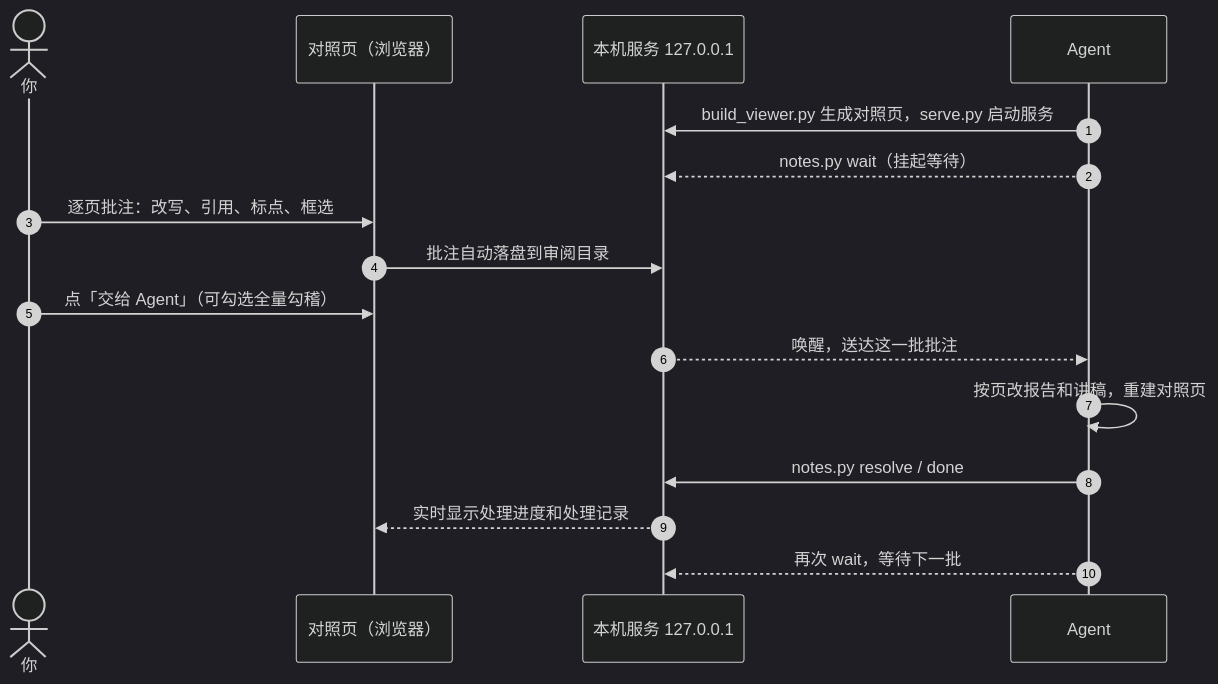
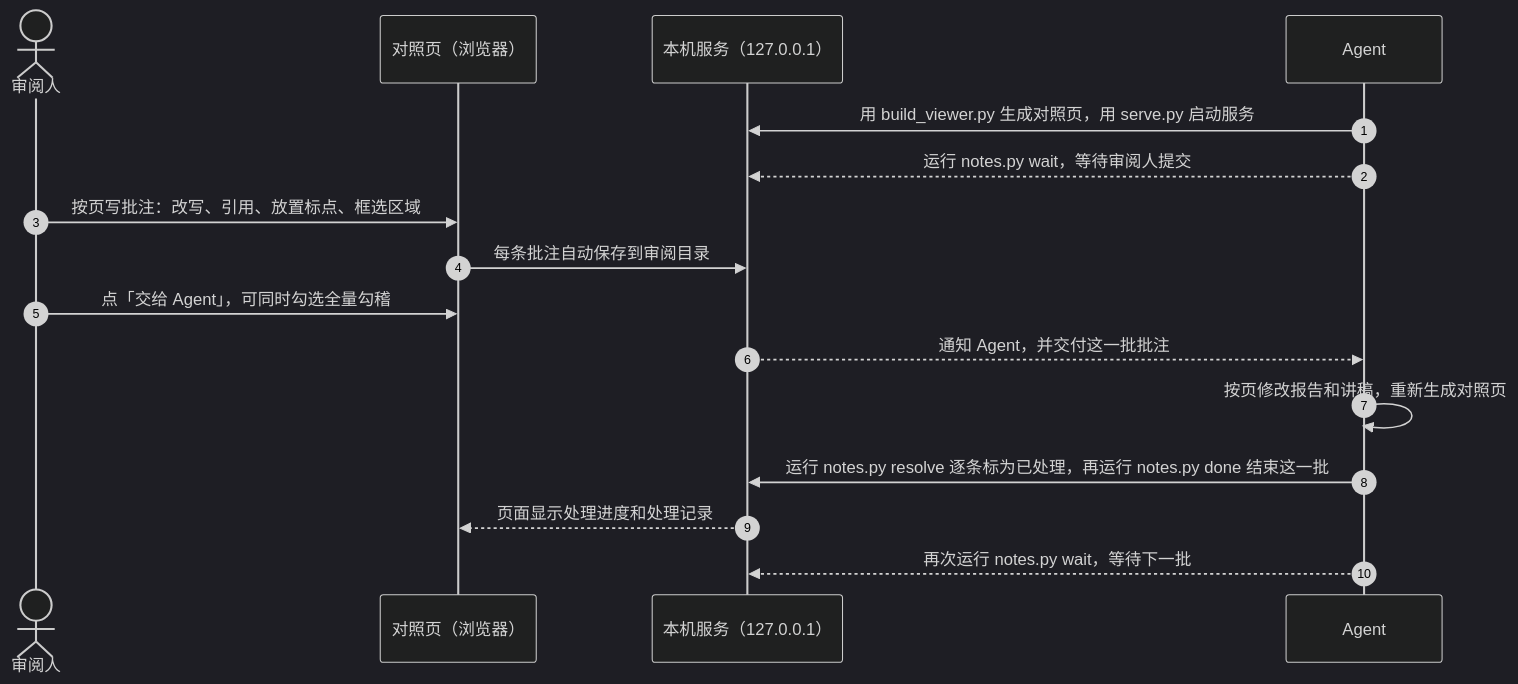
One commit to hezhongtang/annotation-everything changed the second of 4 diagrams in README.md. Above: the diagram before and after it, drawn with Mermaid (dark theme). The commit also changed other lines of this file and 3 other files, not shown here.

First line of the commit message:
docs: 复核 README 与头图文案并补充架构和流程图

````diff
--- a/README.md
+++ b/README.md
@@ -104,19 +123,19 @@
 ```mermaid
 sequenceDiagram
     autonumber
-    actor U as 你
+    actor U as 审阅人
     participant P as 对照页（浏览器）
-    participant S as 本机服务 127.0.0.1
+    participant S as 本机服务（127.0.0.1）
     participant A as Agent
 
-    A->>S: build_viewer.py 生成对照页，serve.py 启动服务
-    A-->>S: notes.py wait（挂起等待）
-    U->>P: 逐页批注：改写、引用、标点、框选
-    P->>S: 批注自动落盘到审阅目录
-    U->>P: 点「交给 Agent」（可勾选全量勾稽）
-    S-->>A: 唤醒，送达这一批批注
-    A->>A: 按页改报告和讲稿，重建对照页
-    A->>S: notes.py resolve / done
-    S-->>P: 实时显示处理进度和处理记录
-    A-->>S: 再次 wait，等待下一批
+    A->>S: 用 build_viewer.py 生成对照页，用 serve.py 启动服务
+    A-->>S: 运行 notes.py wait，等待审阅人提交
+    U->>P: 按页写批注：改写、引用、放置标点、框选区域
+    P->>S: 每条批注自动保存到审阅目录
+    U->>P: 点「交给 Agent」，可同时勾选全量勾稽
+    S-->>A: 通知 Agent，并交付这一批批注
+    A->>A: 按页修改报告和讲稿，重新生成对照页
+    A->>S: 运行 notes.py resolve 逐条标为已处理，再运行 notes.py done 结束这一批
+    S-->>P: 页面显示处理进度和处理记录
+    A-->>S: 再次运行 notes.py wait，等待下一批
 ```
````
